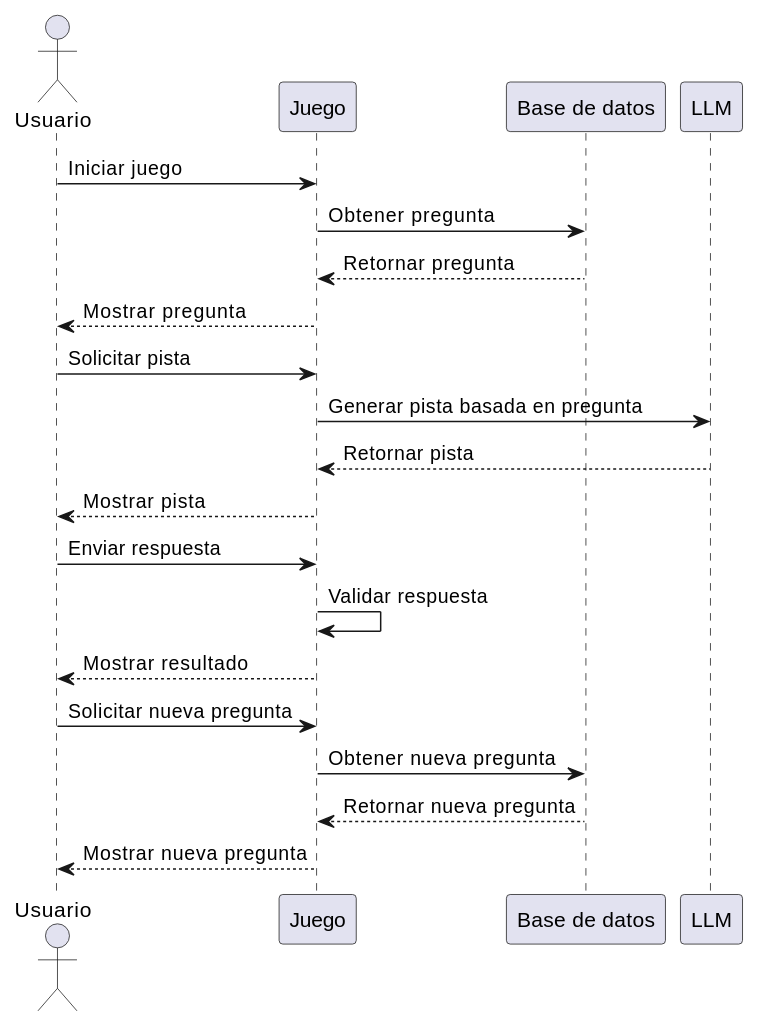
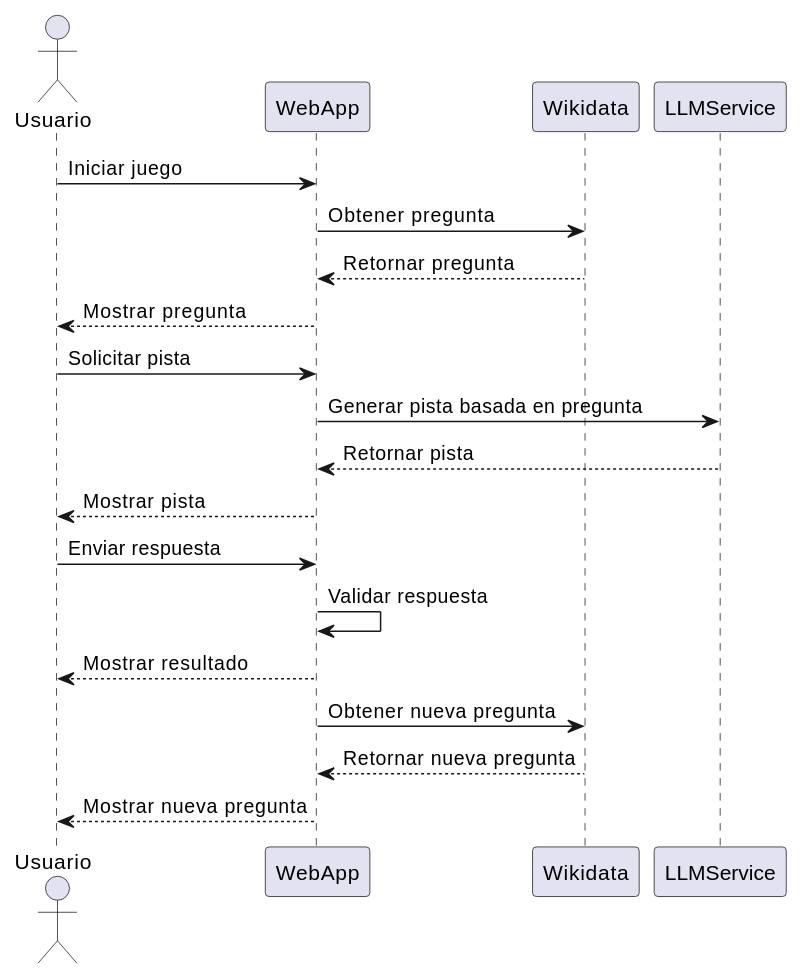
Before and after one commit to JavierSanabriaMiranda/wichat_es4a: the second of 3 diagrams in docs/src/06_runtime_view.adoc, drawn with PlantUML. The commit also changed other lines of this file and 1 other file, not shown here.

Commit message:
arreglado punto 6

```diff
--- a/docs/src/06_runtime_view.adoc
+++ b/docs/src/06_runtime_view.adoc
@@ -54,26 +54,25 @@
 [plantuml,"Question Game with Hint Sequence",png]
 ----
 actor Usuario
-participant "Juego" as J
-participant "Base de datos" as DB
-participant "LLM" as LLM
+participant "WebApp" as WA
+participant "Wikidata" as WK
+participant "LLMService" as LLM
 
-Usuario -> J: Iniciar juego
-J -> DB: Obtener pregunta
-DB --> J: Retornar pregunta
-J --> Usuario: Mostrar pregunta
+Usuario -> WA: Iniciar juego
+WA -> WK: Obtener pregunta
+WK --> WA: Retornar pregunta
+WA --> Usuario: Mostrar pregunta
 
-Usuario -> J: Solicitar pista
-J -> LLM: Generar pista basada en pregunta
-LLM --> J: Retornar pista
-J --> Usuario: Mostrar pista
+Usuario -> WA: Solicitar pista
+WA -> LLM: Generar pista basada en pregunta
+LLM --> WA: Retornar pista
+WA --> Usuario: Mostrar pista
 
-Usuario -> J: Enviar respuesta
-J -> J: Validar respuesta
-J --> Usuario: Mostrar resultado
+Usuario -> WA: Enviar respuesta
+WA -> WA: Validar respuesta
+WA --> Usuario: Mostrar resultado
 
-Usuario -> J: Solicitar nueva pregunta
-J -> DB: Obtener nueva pregunta
-DB --> J: Retornar nueva pregunta
-J --> Usuario: Mostrar nueva pregunta
+WA -> WK: Obtener nueva pregunta
+WK --> WA: Retornar nueva pregunta
+WA --> Usuario: Mostrar nueva pregunta
 ----
```
